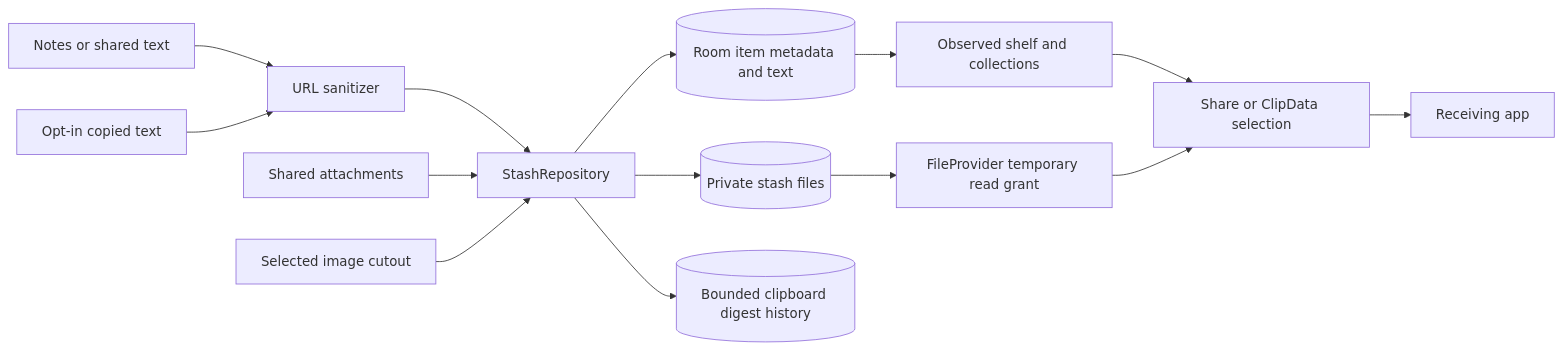
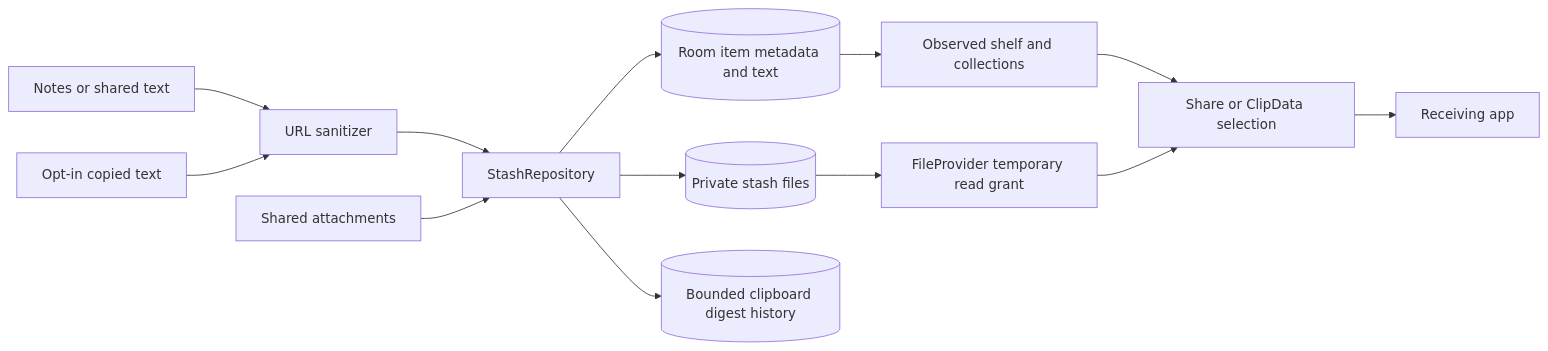
Before and after one commit to ankitchanki/New: the second of 2 diagrams in docs/ARCHITECTURE.md, drawn with Mermaid. The commit also changed other lines of this file and 56 other files, not shown here.

````diff
--- a/docs/ARCHITECTURE.md
+++ b/docs/ARCHITECTURE.md
@@ -53,16 +43,15 @@
 ```mermaid
 flowchart LR
     Notes[Notes or shared text] --> Clean[URL sanitizer]
     Clipboard[Opt-in copied text] --> Clean
     Clean --> Repo[StashRepository]
     Files[Shared attachments] --> Repo
-    Crop[Selected image cutout] --> Repo
     Repo --> DB[(Room item metadata and text)]
     Repo --> Cache[(Private stash files)]
     Repo --> History[(Bounded clipboard digest history)]
     DB --> UI[Observed shelf and collections]
     Cache --> Provider[FileProvider temporary read grant]
     UI --> Share[Share or ClipData selection]
     Provider --> Share
     Share --> Receiver[Receiving app]
 ```
````
